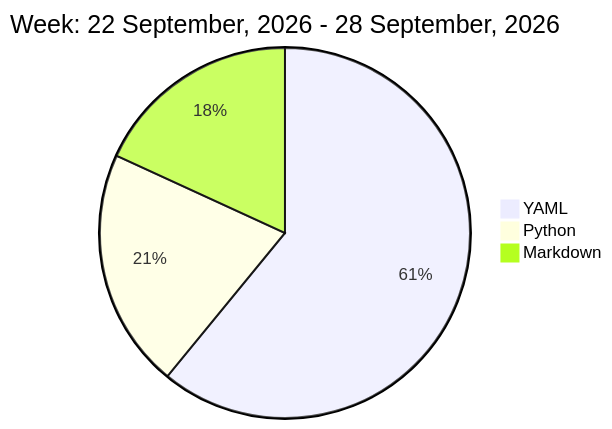
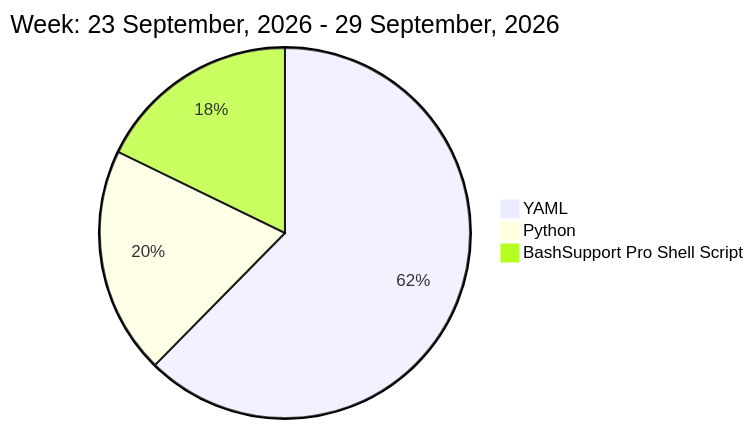
One commit to liubin95/liubin95 changed the diagram in README.md. Above: the diagram before and after it, drawn with Mermaid.

Commit message:
Updated the Graph with new Metrics

````diff
--- a/README.md
+++ b/README.md
@@ -32,7 +32,7 @@
 ```mermaid
  pie
-title Week: 22 September, 2026 - 28 September, 2026
- "YAML" : 4.43
- "Python" : 1.52
- "Markdown" : 1.32
+title Week: 23 September, 2026 - 29 September, 2026
+ "YAML" : 3.05
+ "Python" : 0.97
+ "BashSupport Pro Shell Script" : 0.87
 ```
````
